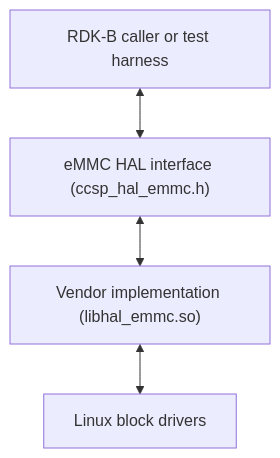
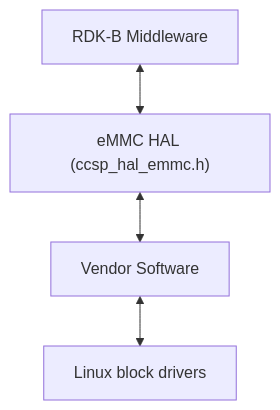
The first of 2 diagrams in docs/pages/halSpec.md (Blitzy-Sky/rdkb-halif-emmc), drawn with Mermaid before and after one commit. The commit also changed other lines of this file, not shown here.

First line of the commit message:
docs: simplify the eMMC_HAL specification

````diff
--- a/docs/pages/halSpec.md
+++ b/docs/pages/halSpec.md
@@ -61,7 +22,7 @@
 ```mermaid
 flowchart TD;
-    Caller["RDK-B caller or test harness"] <-->
-    HALIF["eMMC HAL interface (ccsp_hal_emmc.h)"] <-->
-    VendorHAL["Vendor implementation (libhal_emmc.so)"] <-->
+    Caller["RDK-B Middleware"] <-->
+    HAL["eMMC HAL (ccsp_hal_emmc.h)"] <-->
+    Vendor["Vendor Software"] <-->
     BlockDrivers["Linux block drivers"]
 ```
````
